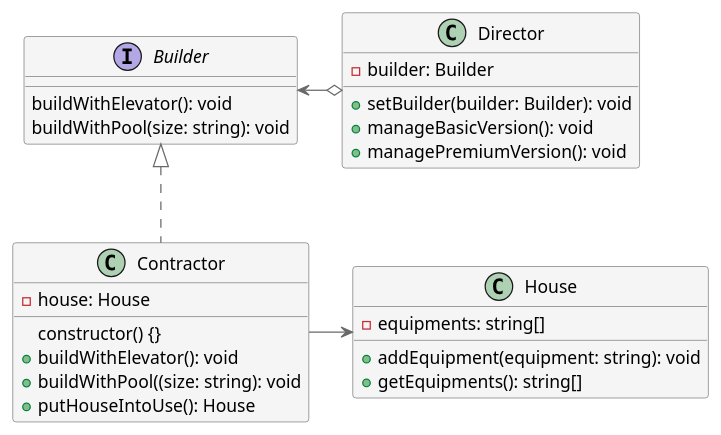
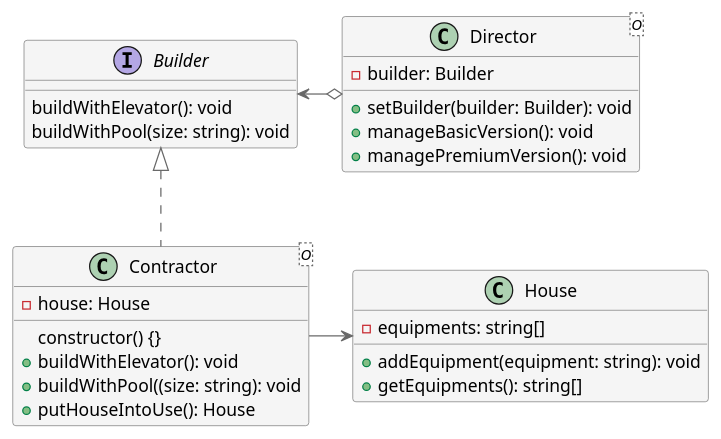
The diagram in src/app/creational/builder/builder.puml (plkpiotr/design-patterns), drawn with PlantUML before and after one commit. The commit also changed 21 other files, not shown here.

```diff
--- a/src/app/creational/builder/builder.puml
+++ b/src/app/creational/builder/builder.puml
@@ -1,39 +1,39 @@
 @startuml
 
 skinparam class {
   backgroundColor whitesmoke
   arrowColor dimgrey
   borderColor dimgrey
 }
 
 interface Builder {
   buildWithElevator(): void
   buildWithPool(size: string): void
 }
 
-class Director {
+class Director <O> {
   - builder: Builder
   + setBuilder(builder: Builder): void
   + manageBasicVersion(): void
   + managePremiumVersion(): void
 }
 
-class Contractor {
+class Contractor <O> {
   - house: House
     constructor() {}
   + buildWithElevator(): void
   + buildWithPool((size: string): void
   + putHouseIntoUse(): House
 }
 
 class House {
   - equipments: string[]
   + addEquipment(equipment: string): void
   + getEquipments(): string[]
 }
 
 Builder <-o Director
 Builder <|.. Contractor
 Contractor -> House
 
 @enduml
```
